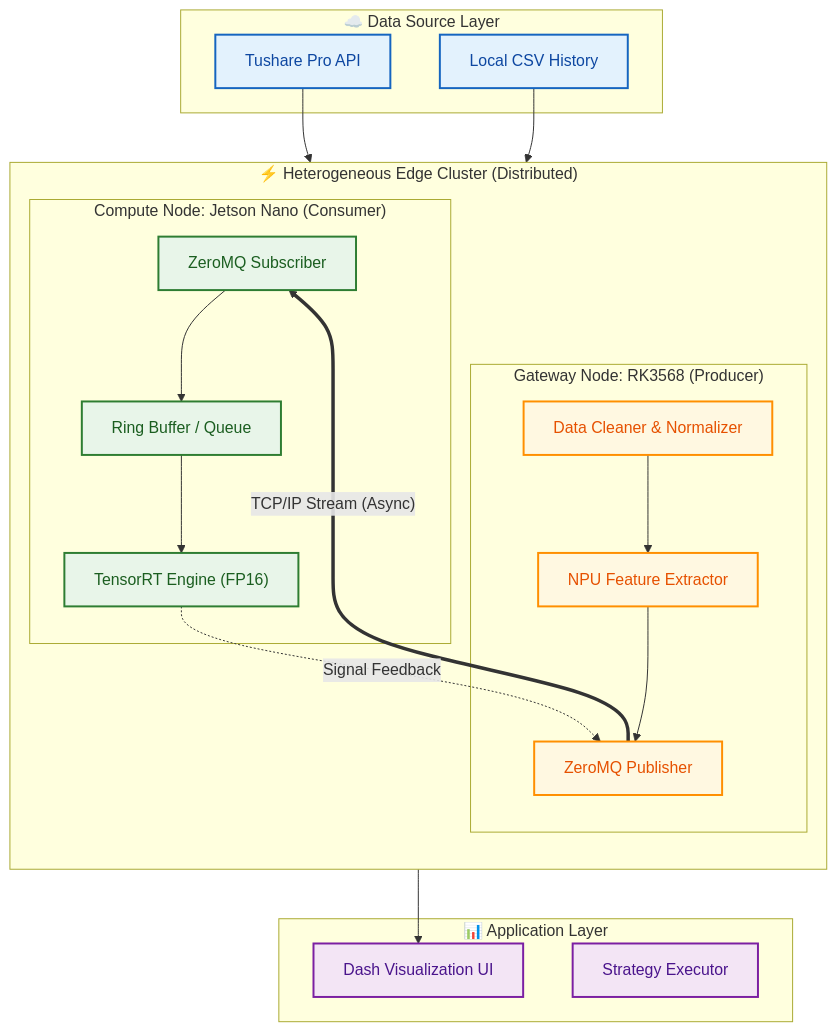
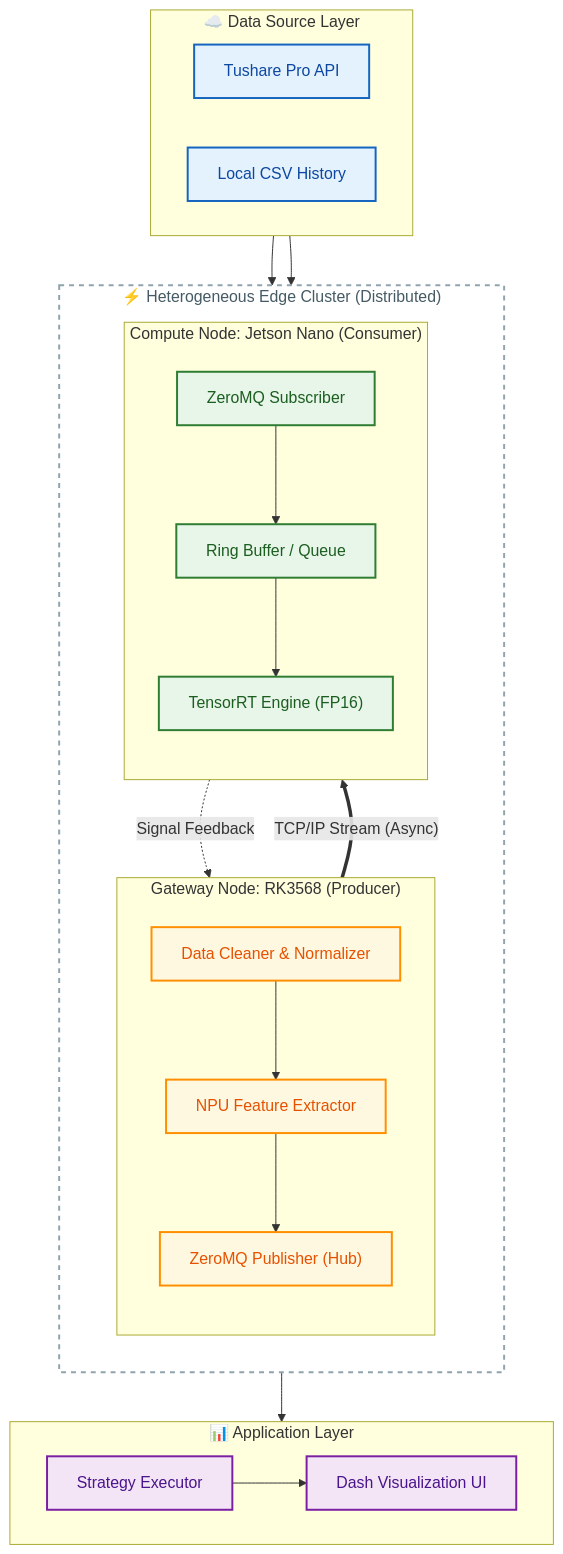
Before and after one commit to WNPPP0114/HEQIS: the diagram in README.md, drawn with Mermaid.

````diff
--- a/README.md
+++ b/README.md
@@ -7,51 +7,84 @@
 ```mermaid
 graph TD
-    %% --- Styles (High Contrast) ---
+    %% --- 全局样式定义 ---
     classDef cloud fill:#E3F2FD,stroke:#1565C0,stroke-width:2px,color:#0D47A1;
     classDef gateway fill:#FFF8E1,stroke:#FF8F00,stroke-width:2px,color:#E65100;
     classDef compute fill:#E8F5E9,stroke:#2E7D32,stroke-width:2px,color:#1B5E20;
-    classDef ui fill:#F3E5F5,stroke:#7B1FA2,stroke-width:2px,color:#4A148C;
+    classDef app fill:#F3E5F5,stroke:#7B1FA2,stroke-width:2px,color:#4A148C;
+    
+    %% 样式：大虚线框
+    classDef container fill:#FFFFFF,stroke:#90A4AE,stroke-width:2px,stroke-dasharray: 5 5,color:#455A64;
 
-    %% --- Cloud Layer ---
-    subgraph Cloud ["☁️ Data Source Layer"]
+    %% =======================
+    %% 1. 数据源层 (Top)
+    %% =======================
+    subgraph SourceLayer ["☁️ Data Source Layer"]
+        direction LR
         API["Tushare Pro API"]:::cloud
         CSV["Local CSV History"]:::cloud
     end
 
-    %% --- Edge Cluster ---
-    subgraph Cluster ["⚡ Heterogeneous Edge Cluster (Distributed)"]
+    %% =======================
+    %% 2. 异构边缘集群 (Middle)
+    %% =======================
+    subgraph EdgeCluster ["⚡ Heterogeneous Edge Cluster (Distributed)"]
         direction TB
-        
-        %% Node 1: RK3568
+
+        %% --- 网关节点 ---
         subgraph RK3568 ["Gateway Node: RK3568 (Producer)"]
+            direction TB
             Cleaner["Data Cleaner & Normalizer"]:::gateway
             RKNN["NPU Feature Extractor"]:::gateway
-            ZMQ_Pub["ZeroMQ Publisher"]:::gateway
+            ZMQ_Pub["ZeroMQ Publisher (Hub)"]:::gateway
         end
 
-        %% Node 2: Jetson
+        %% --- 计算节点 ---
         subgraph Jetson ["Compute Node: Jetson Nano (Consumer)"]
+            direction TB
             ZMQ_Sub["ZeroMQ Subscriber"]:::compute
             Buffer["Ring Buffer / Queue"]:::compute
             TRT["TensorRT Engine (FP16)"]:::compute
         end
-
-        %% Inter-node Communication
-        ZMQ_Pub == "TCP/IP Stream (Async)" ==> ZMQ_Sub
-        TRT -.->|Signal Feedback| ZMQ_Pub
     end
 
-    %% --- User Layer ---
-    subgraph App ["📊 Application Layer"]
-        Dash["Dash Visualization UI"]:::ui
-        Strategy["Strategy Executor"]:::ui
+    %% =======================
+    %% 3. 应用层 (Bottom)
+    %% =======================
+    subgraph AppLayer ["📊 Application Layer"]
+        direction LR
+        Strategy["Strategy Executor"]:::app
+        Dash["Dash Visualization UI"]:::app
     end
 
-    %% --- Connections ---
+    %% =======================
+    %% 连线逻辑
+    %% =======================
+    
+    %% 1. 数据流入
     API --> Cleaner
     CSV --> Cleaner
+    
+    %% 2. RK3568 内部处理
     Cleaner --> RKNN
     RKNN --> ZMQ_Pub
-    ZMQ_Sub --> Buffer --> TRT
-    ZMQ_Pub --> Dash
+    
+    %% 3. 跨设备通信 (RK -> Jetson)
+    ZMQ_Pub ==>|"TCP/IP Stream (Async)"| ZMQ_Sub
+    
+    %% 4. Jetson 内部处理
+    ZMQ_Sub --> Buffer
+    Buffer --> TRT
+    
+    %% 5. 反馈回路 (Jetson -> RK)
+    %% 使用 linkStyle 调整曲线弧度，使其从右侧回绕
+    TRT -.->|"Signal Feedback"| ZMQ_Pub
+    
+    %% 6. 输出到应用层
+    ZMQ_Pub --> Strategy
+    Strategy --> Dash
+
+    %% =======================
+    %% 容器样式应用
+    %% =======================
+    class EdgeCluster container
 ```
````
